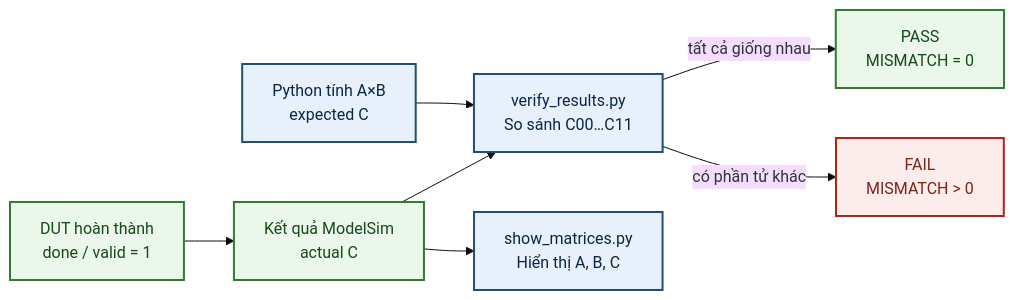
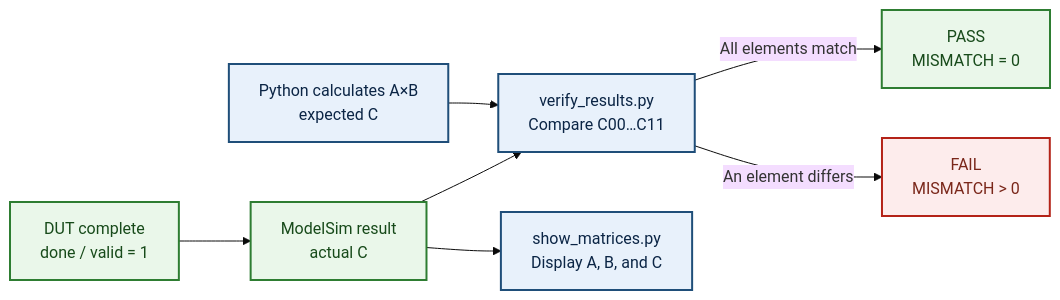
The fifth of 6 diagrams in README.md (minhloc203/matrix_mutiplier_2x2), drawn with Mermaid (base theme) before and after one commit. The commit also changed other lines of this file, not shown here.

````diff
--- a/README.md
+++ b/README.md
@@ -267,25 +309,25 @@
 ```mermaid
 flowchart LR
-    DUT["DUT hoàn thành<br/>done / valid = 1"]
-    ACTUAL["Kết quả ModelSim<br/>actual C"]
-    EXPECTED["Python tính A×B<br/>expected C"]
-    VERIFY["verify_results.py<br/>So sánh C00…C11"]
+    DUT["DUT complete<br/>done / valid = 1"]
+    ACTUAL["ModelSim result<br/>actual C"]
+    EXPECTED["Python calculates A×B<br/>expected C"]
+    VERIFY["verify_results.py<br/>Compare C00…C11"]
     PASS["PASS<br/>MISMATCH = 0"]
     FAIL["FAIL<br/>MISMATCH > 0"]
-    SHOW["show_matrices.py<br/>Hiển thị A, B, C"]
+    SHOW["show_matrices.py<br/>Display A, B, and C"]
 
     DUT --> ACTUAL
     ACTUAL --> VERIFY
     EXPECTED --> VERIFY
     ACTUAL --> SHOW
-    VERIFY -->|tất cả giống nhau| PASS
-    VERIFY -->|có phần tử khác| FAIL
+    VERIFY -->|All elements match| PASS
+    VERIFY -->|An element differs| FAIL
 
     classDef software fill:#E8F1FB,stroke:#1F4E79,stroke-width:2px,color:#0B2545;
     classDef result fill:#EAF7EA,stroke:#2E7D32,stroke-width:2px,color:#174A1A;
     classDef error fill:#FDECEC,stroke:#B42318,stroke-width:2px,color:#7A271A;
     class DUT,ACTUAL result;
     class EXPECTED,VERIFY,SHOW software;
     class PASS result;
     class FAIL error;
 ```
````
